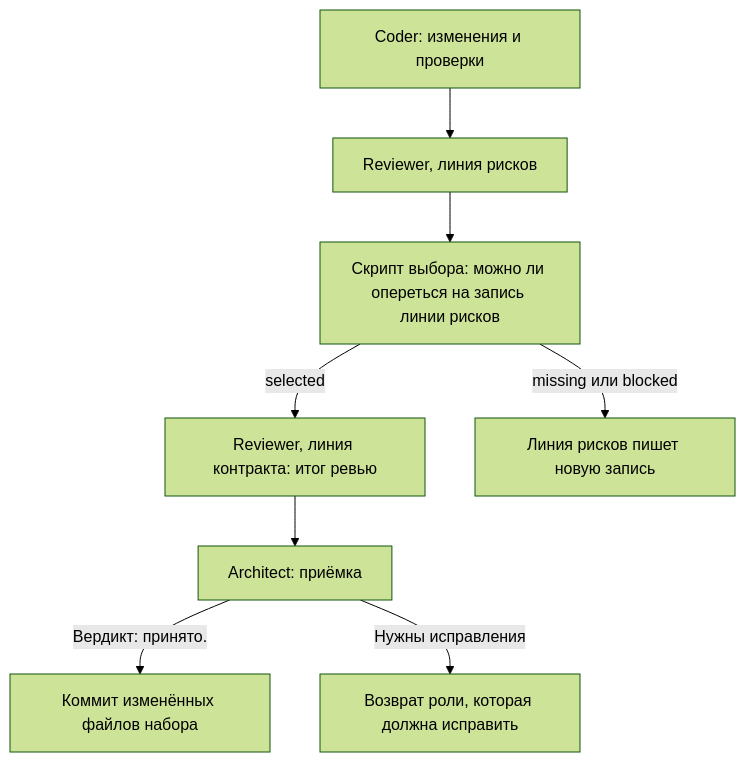
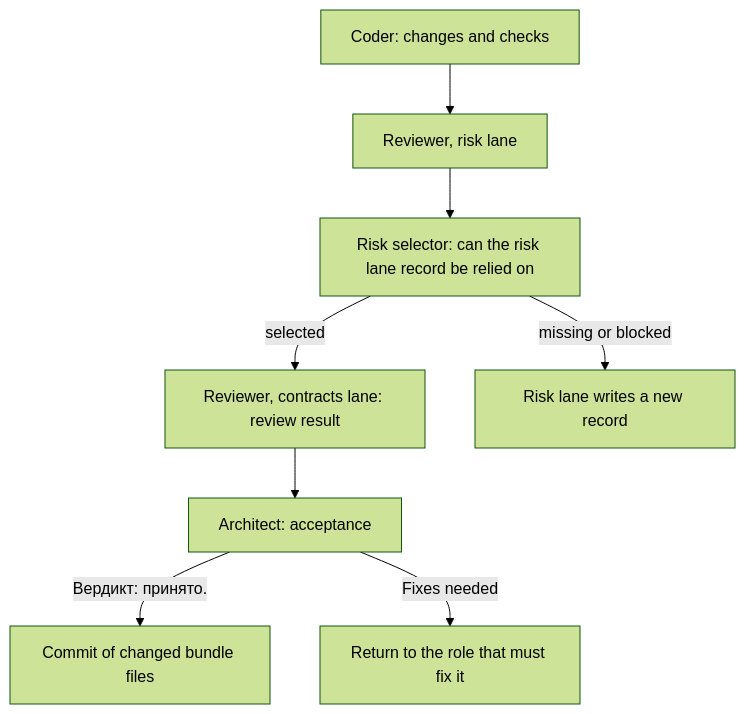
Before and after one commit to planveyor/planveyor: the diagram in docs/guides/learn/assets/review-acceptance-1.mmd, drawn with Mermaid (forest theme). The commit also changed 124 other files, not shown here.

```diff
--- a/docs/guides/learn/assets/review-acceptance-1.mmd
+++ b/docs/guides/learn/assets/review-acceptance-1.mmd
@@ -1,8 +1,8 @@
 flowchart TB
-C["Coder: изменения и проверки"] --> R["Reviewer, линия рисков"]
-R --> G["Скрипт выбора: можно ли опереться на запись линии рисков"]
-G -->|"selected"| K["Reviewer, линия контракта: итог ревью"]
-G -->|"missing или blocked"| RR["Линия рисков пишет новую запись"]
-K --> A["Architect: приёмка"]
-A -->|"Вердикт: принято."| CL["Коммит изменённых файлов набора"]
-A -->|"Нужны исправления"| FIX["Возврат роли, которая должна исправить"]
+C["Coder: changes and checks"] --> R["Reviewer, risk lane"]
+R --> G["Risk selector: can the risk lane record be relied on"]
+G -->|"selected"| K["Reviewer, contracts lane: review result"]
+G -->|"missing or blocked"| RR["Risk lane writes a new record"]
+K --> A["Architect: acceptance"]
+A -->|"Вердикт: принято."| CL["Commit of changed bundle files"]
+A -->|"Fixes needed"| FIX["Return to the role that must fix it"]
```
